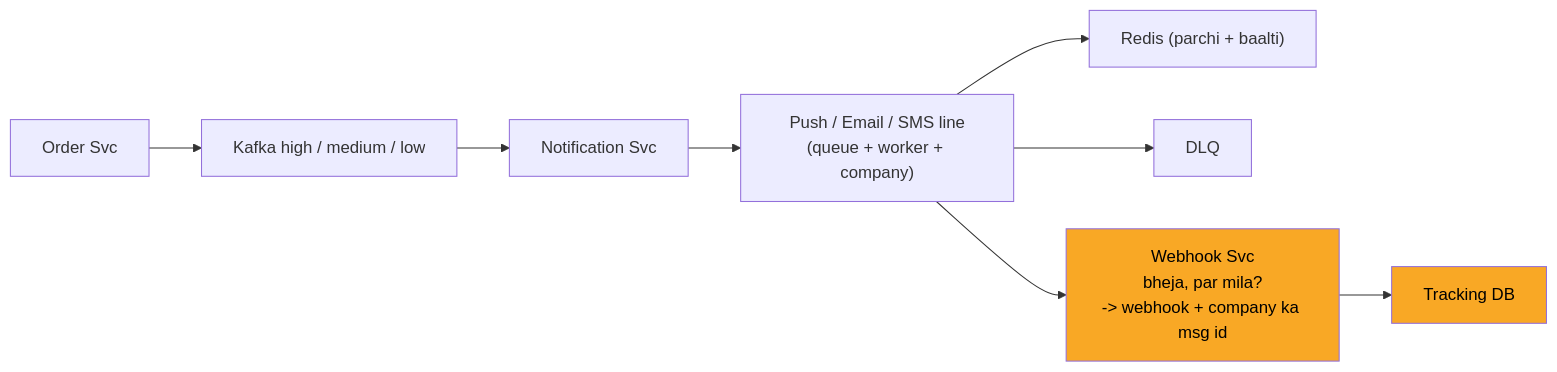
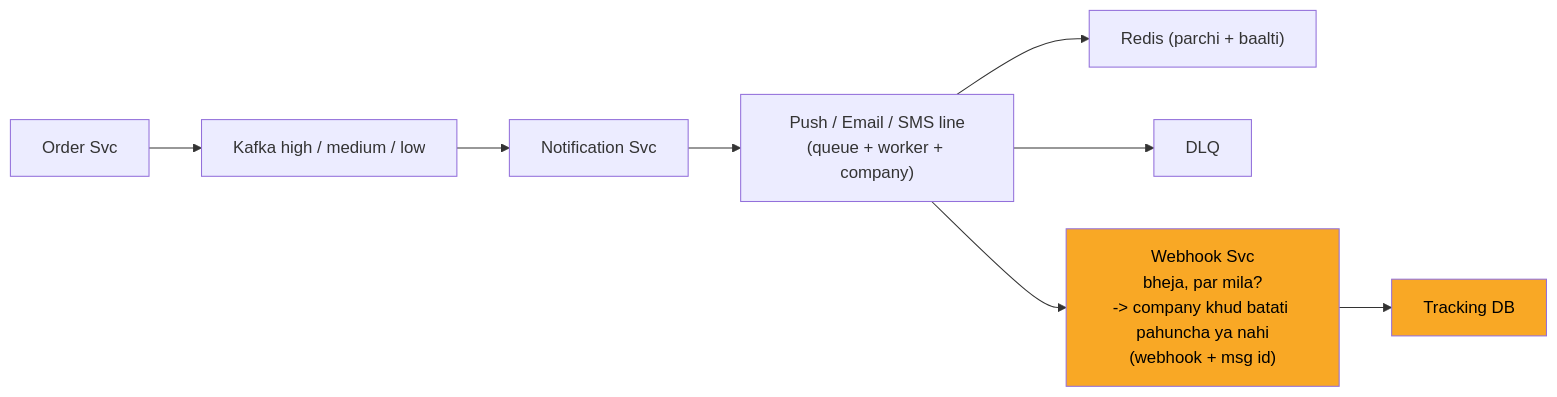
One commit to ArpanMaheshwari144/Prep changed the tenth of 13 diagrams in 04_HLD/SYSTEM_DESIGNS/04_notification_system/04_notification_system.md. Above: the diagram before and after it, drawn with Mermaid. The commit also changed other lines of this file and 13 other files, not shown here.

````diff
--- a/04_HLD/SYSTEM_DESIGNS/04_notification_system/04_notification_system.md
+++ b/04_HLD/SYSTEM_DESIGNS/04_notification_system/04_notification_system.md
@@ -361,20 +361,20 @@
 ```mermaid
 flowchart LR
     n_Order_Svc["Order Svc"]
     n_Kafka["Kafka high / medium / low"]
     n_Notification_Svc["Notification Svc"]
     n_LINES["Push / Email / SMS line<br/>(queue + worker + company)"]
     n_Redis["Redis (parchi + baalti)"]
     n_DLQ["DLQ"]
-    n_Webhook_Svc["Webhook Svc<br/>bheja, par mila?<br/>-> webhook + company ka msg id"]
+    n_Webhook_Svc["Webhook Svc<br/>bheja, par mila?<br/>-> company khud batati pahuncha ya nahi<br/>(webhook + msg id)"]
     n_Tracking_DB["Tracking DB"]
     n_Order_Svc --> n_Kafka
     n_Kafka --> n_Notification_Svc
     n_Notification_Svc --> n_LINES
     n_LINES --> n_Redis
     n_LINES --> n_DLQ
     n_LINES --> n_Webhook_Svc
     n_Webhook_Svc --> n_Tracking_DB
     style n_Webhook_Svc fill:#f9a825,color:#000
     style n_Tracking_DB fill:#f9a825,color:#000
 ```
````
